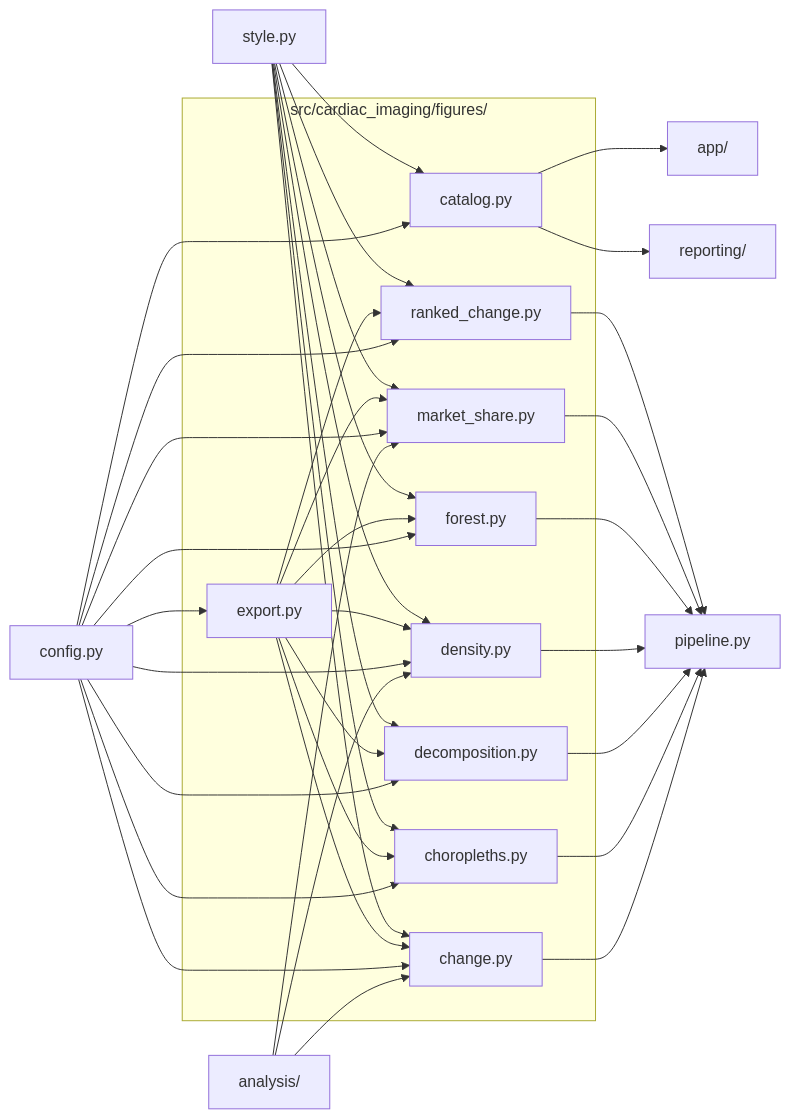
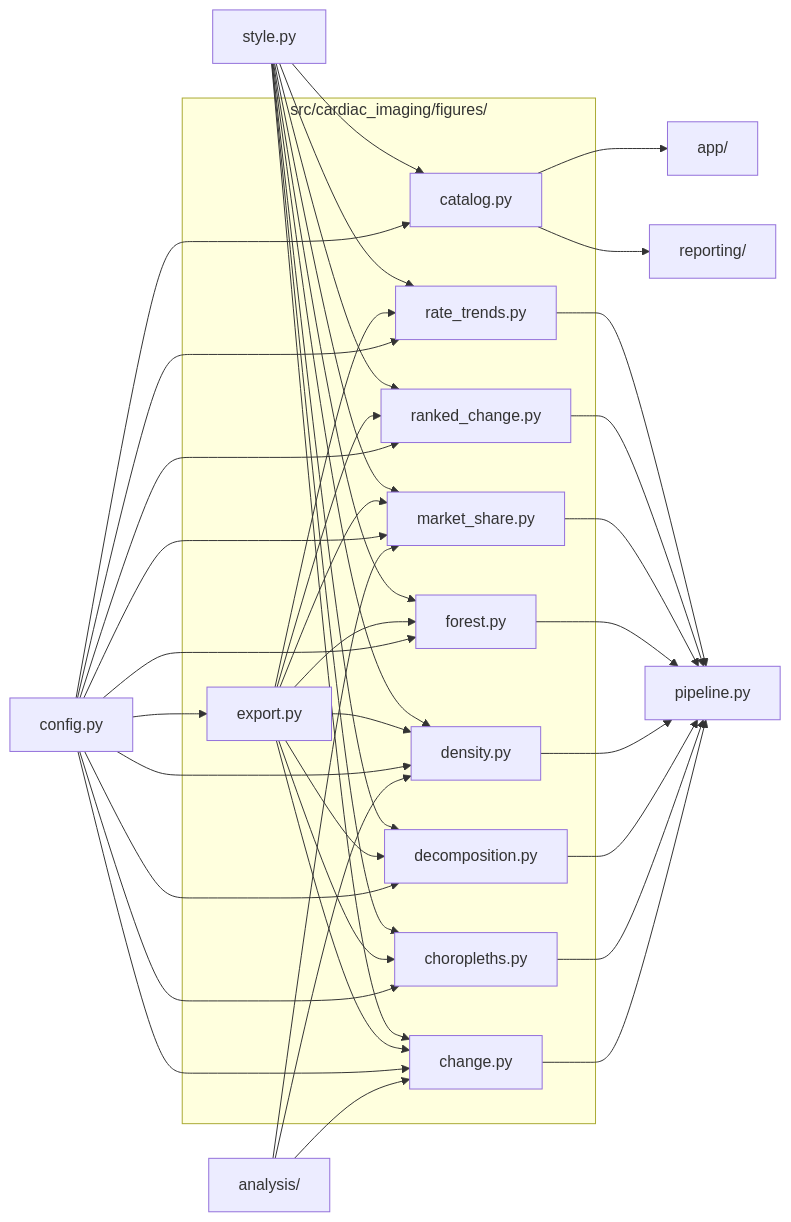
Before and after one commit to drsanjna/cardiac-imaging-medicare: the diagram in src/cardiac_imaging/figures/README.md, drawn with Mermaid. The commit also changed other lines of this file and 16 other files, not shown here.

First line of the commit message:
Code snapshot for run 2026-11-04_150124_7365d79-dirty_fig8-rate-trends-renumber

````diff
--- a/src/cardiac_imaging/figures/README.md
+++ b/src/cardiac_imaging/figures/README.md
@@ -11,56 +11,61 @@
 ```mermaid
 flowchart LR
   subgraph here["src/cardiac_imaging/figures/"]
     n_catalog_py["catalog.py"]
     n_change_py["change.py"]
     n_choropleths_py["choropleths.py"]
     n_decomposition_py["decomposition.py"]
     n_density_py["density.py"]
     n_export_py["export.py"]
     n_forest_py["forest.py"]
     n_market_share_py["market_share.py"]
     n_ranked_change_py["ranked_change.py"]
+    n_rate_trends_py["rate_trends.py"]
   end
   n_analysis_["analysis/"]
   n_app_["app/"]
   n_config_py["config.py"]
   n_pipeline_py["pipeline.py"]
   n_reporting_["reporting/"]
   n_style_py["style.py"]
   n_analysis_ --> n_change_py
   n_analysis_ --> n_density_py
   n_analysis_ --> n_market_share_py
   n_catalog_py --> n_app_
   n_catalog_py --> n_reporting_
   n_change_py --> n_pipeline_py
   n_choropleths_py --> n_pipeline_py
   n_config_py --> n_catalog_py
   n_config_py --> n_change_py
   n_config_py --> n_choropleths_py
   n_config_py --> n_decomposition_py
   n_config_py --> n_density_py
   n_config_py --> n_export_py
   n_config_py --> n_forest_py
   n_config_py --> n_market_share_py
   n_config_py --> n_ranked_change_py
+  n_config_py --> n_rate_trends_py
   n_decomposition_py --> n_pipeline_py
   n_density_py --> n_pipeline_py
   n_export_py --> n_change_py
   n_export_py --> n_choropleths_py
   n_export_py --> n_decomposition_py
   n_export_py --> n_density_py
   n_export_py --> n_forest_py
   n_export_py --> n_market_share_py
   n_export_py --> n_ranked_change_py
+  n_export_py --> n_rate_trends_py
   n_forest_py --> n_pipeline_py
   n_market_share_py --> n_pipeline_py
   n_ranked_change_py --> n_pipeline_py
+  n_rate_trends_py --> n_pipeline_py
   n_style_py --> n_catalog_py
   n_style_py --> n_change_py
   n_style_py --> n_choropleths_py
   n_style_py --> n_decomposition_py
   n_style_py --> n_density_py
   n_style_py --> n_forest_py
   n_style_py --> n_market_share_py
   n_style_py --> n_ranked_change_py
+  n_style_py --> n_rate_trends_py
 ```
````
